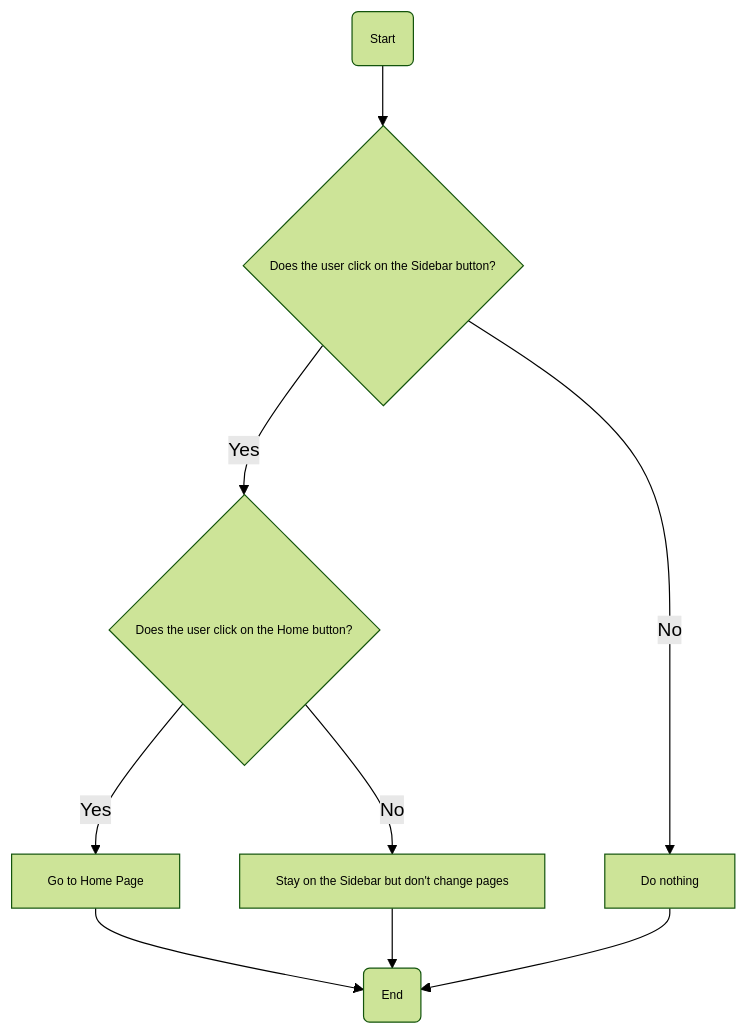
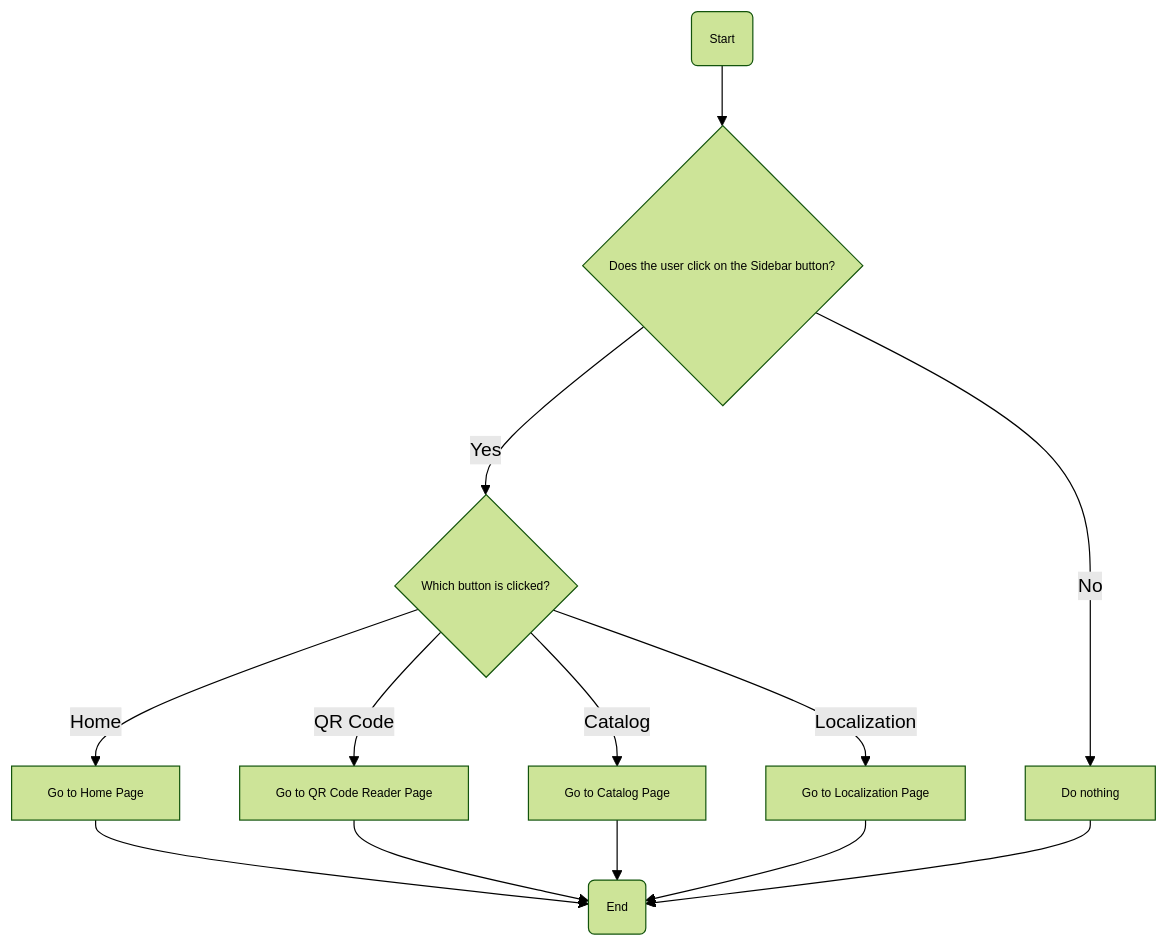
Before and after one commit to algosup/2024-2025-project-5-bubble-intermarche-team-2: the first of 11 diagrams in Documents/Technical/technical_specifications.md, drawn with Mermaid (forest theme). The commit also changed other lines of this file, not shown here.

````diff
--- a/Documents/Technical/technical_specifications.md
+++ b/Documents/Technical/technical_specifications.md
@@ -216,12 +210,16 @@
 ```mermaid
 graph TD
     A(Start) --> B{Does the user click on the Sidebar button?}
-    B -->|Yes| C{Does the user click on the Home button?}
-    B -->|No| D[Do nothing]
-    C -->|Yes| E[Go to Home Page]
-    C -->|No| F[Stay on the Sidebar but don't change pages]
-    E --> G(End)
-    F --> G
-    D --> G
+    B -->|No| C[Do nothing]
+    B -->|Yes| D{Which button is clicked?}
+    D -->|Home| E[Go to Home Page]
+    D -->|QR Code| F[Go to QR Code Reader Page]
+    D -->|Catalog| G[Go to Catalog Page]
+    D -->|Localization| H[Go to Localization Page]
+    E --> I(End)
+    F --> I
+    G --> I
+    H --> I
+    C --> I
     classDef default font-size:10px;
 ```
````
